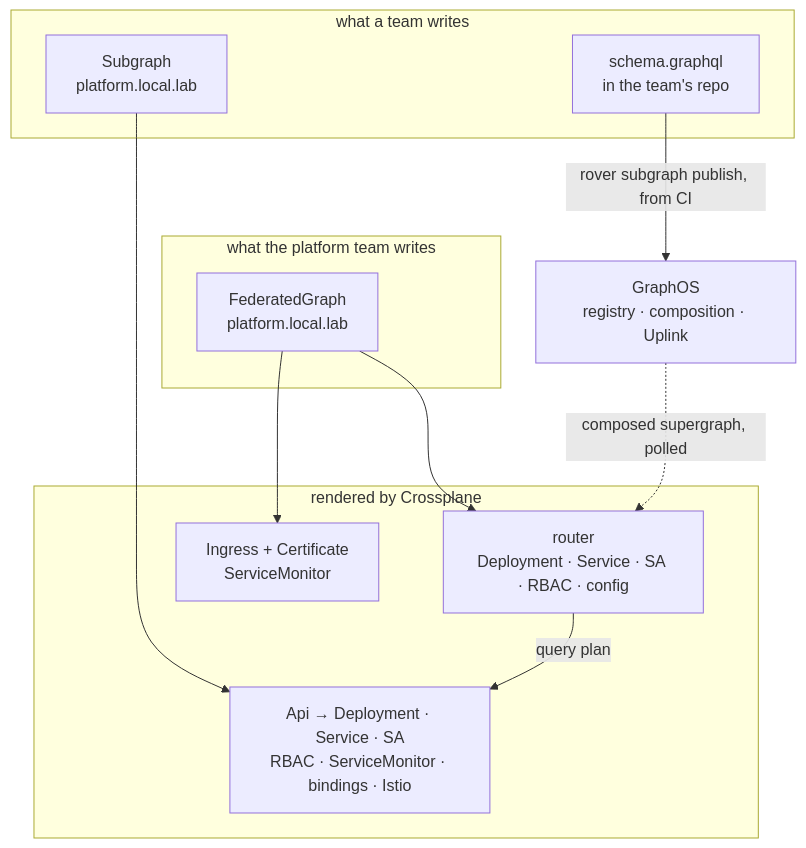
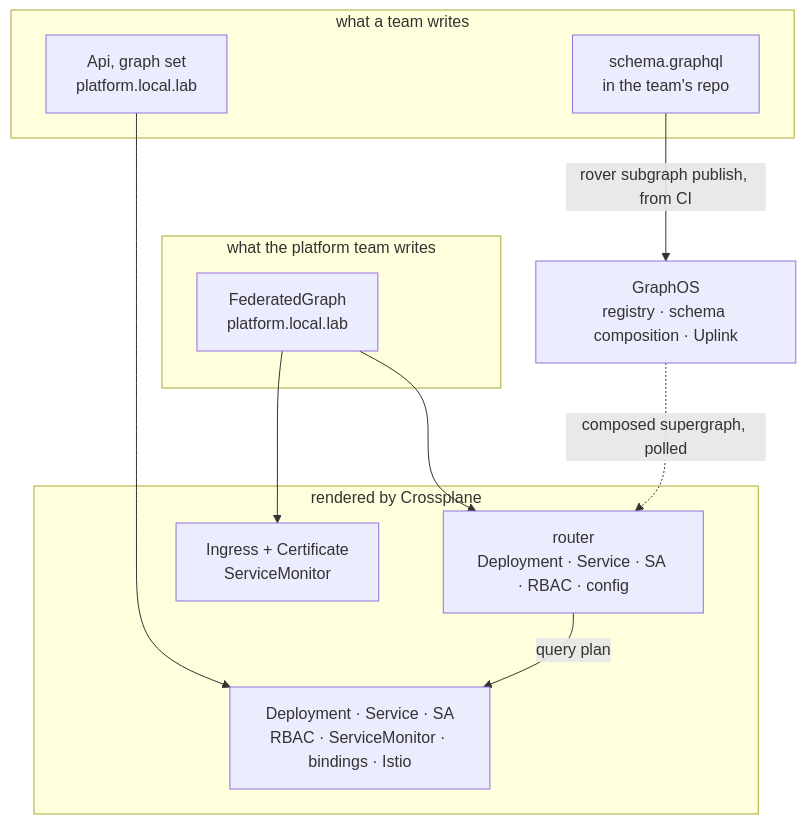
The second of 2 diagrams in docs/platform-graph.md (cujarrett/homelab), drawn with Mermaid before and after one commit. The commit also changed other lines of this file, not shown here.

Commit message:
docs: fold Subgraph into Api as a graph parameter, add topology diagram

````diff
--- a/docs/platform-graph.md
+++ b/docs/platform-graph.md
@@ -323,27 +366,27 @@
 ```mermaid
 flowchart TD
     subgraph team["what a team writes"]
-      SG["Subgraph<br/>platform.local.lab"]
+      API["Api, graph set<br/>platform.local.lab"]
       SCH["schema.graphql<br/>in the team's repo"]
     end
 
     subgraph plat["what the platform team writes"]
       FG["FederatedGraph<br/>platform.local.lab"]
     end
 
     subgraph out["rendered by Crossplane"]
-      API["Api → Deployment · Service · SA<br/>RBAC · ServiceMonitor · bindings · Istio"]
+      APIOUT["Deployment · Service · SA<br/>RBAC · ServiceMonitor · bindings · Istio"]
       RTR["router<br/>Deployment · Service · SA · RBAC · config"]
       ING["Ingress + Certificate<br/>ServiceMonitor"]
     end
 
-    GOS["GraphOS<br/>registry · composition · Uplink"]
+    GOS["GraphOS<br/>registry · schema composition · Uplink"]
 
-    SG --> API
+    API --> APIOUT
     FG --> RTR
     FG --> ING
 
     SCH -->|"rover subgraph publish, from CI"| GOS
     GOS -.->|"composed supergraph, polled"| RTR
-    RTR -->|"query plan"| API
+    RTR -->|"query plan"| APIOUT
 ```
````
